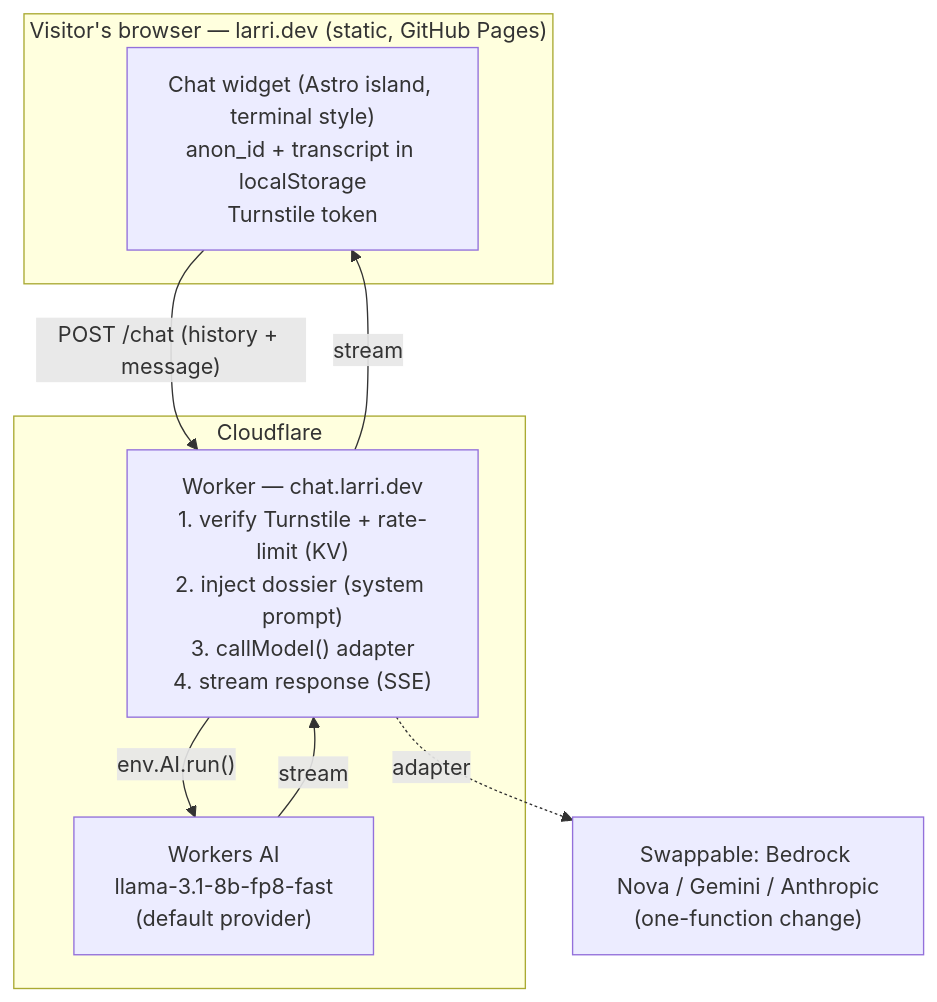
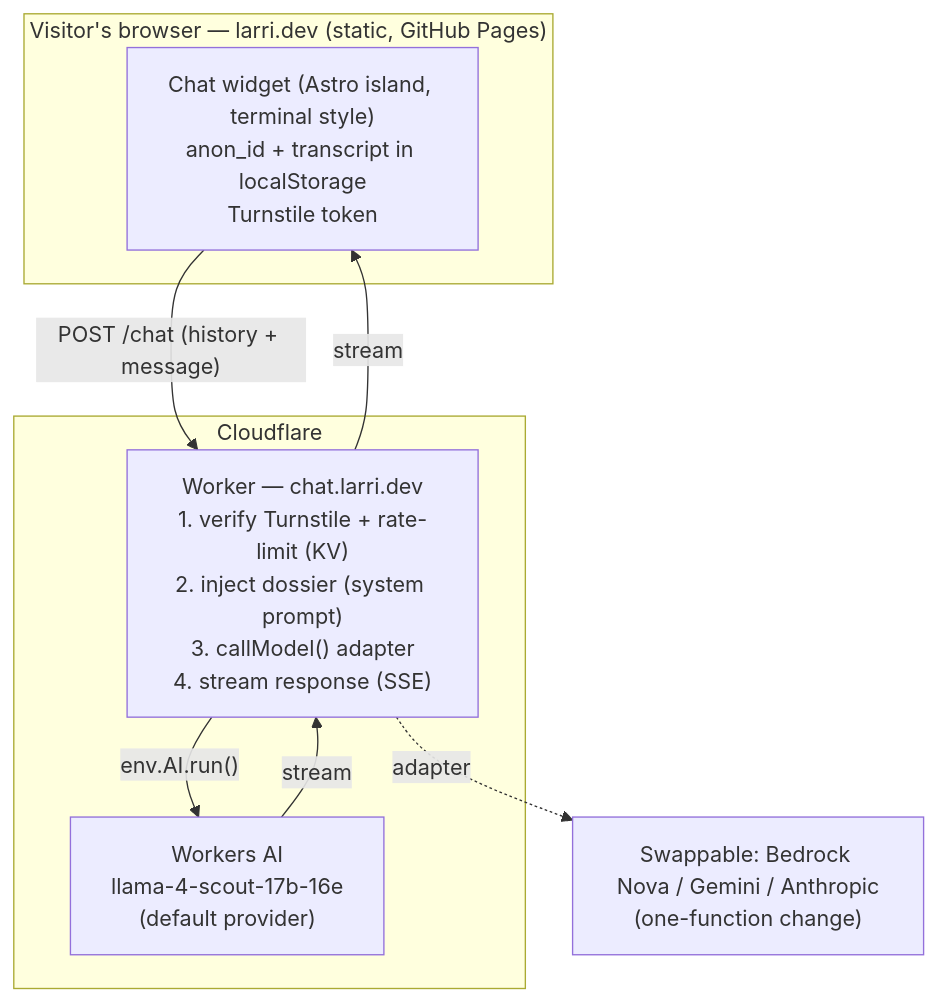
One commit to clarriu97/clarriu97.github.io changed the diagram in docs/conversational-agent.md. Above: the diagram before and after it, drawn with Mermaid. The commit also changed other lines of this file and 5 other files, not shown here.

First line of the commit message:
feat: upgrade to Llama 4 Scout, tighten rate limits, patch link accuracy

````diff
--- a/docs/conversational-agent.md
+++ b/docs/conversational-agent.md
@@ -241,17 +273,17 @@
 ```mermaid
 flowchart TD
     subgraph Browser["Visitor's browser — larri.dev (static, GitHub Pages)"]
         W["Chat widget (Astro island, terminal style)<br/>anon_id + transcript in localStorage<br/>Turnstile token"]
     end
     subgraph CF["Cloudflare"]
         WK["Worker — chat.larri.dev<br/>1. verify Turnstile + rate-limit (KV)<br/>2. inject dossier (system prompt)<br/>3. callModel() adapter<br/>4. stream response (SSE)"]
-        AI["Workers AI<br/>llama-3.1-8b-fp8-fast<br/>(default provider)"]
+        AI["Workers AI<br/>llama-4-scout-17b-16e<br/>(default provider)"]
     end
     ALT["Swappable: Bedrock Nova / Gemini / Anthropic<br/>(one-function change)"]
 
     W -->|"POST /chat (history + message)"| WK
     WK -->|"env.AI.run()"| AI
     WK -.->|adapter| ALT
     AI -->|stream| WK
     WK -->|stream| W
 ```
````
